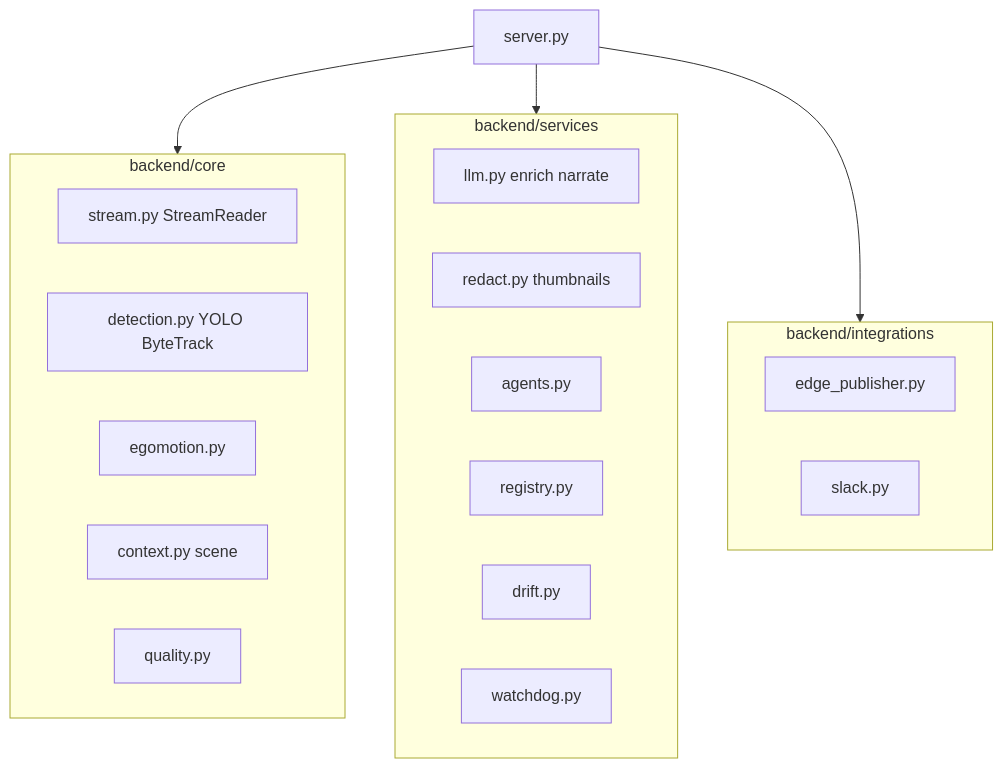
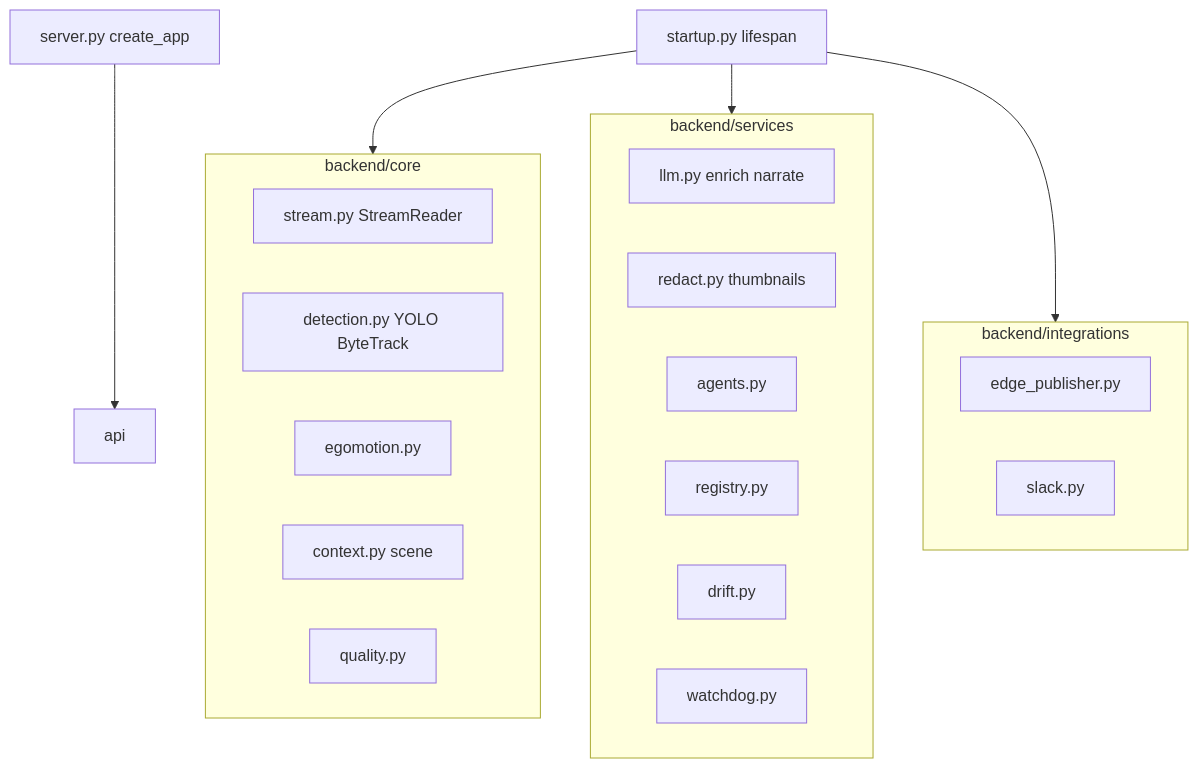
The third of 3 diagrams in docs/backend-infrastructure.md (Androkzn/road-camera-safety-monitoring), drawn with Mermaid before and after one commit. The commit also changed other lines of this file and 28 other files, not shown here.

````diff
--- a/docs/backend-infrastructure.md
+++ b/docs/backend-infrastructure.md
@@ -86,25 +86,26 @@
 ```mermaid
 flowchart TB
   subgraph core["backend/core"]
     stream[stream.py StreamReader]
     det[detection.py YOLO ByteTrack]
     ego[egomotion.py]
     ctx[context.py scene]
     qual[quality.py]
   end
   subgraph services["backend/services"]
     llm[llm.py enrich narrate]
     red[redact.py thumbnails]
     agents[agents.py]
     reg[registry.py]
     drift[drift.py]
     wd[watchdog.py]
   end
   subgraph integ["backend/integrations"]
     edge[edge_publisher.py]
     slack[slack.py]
   end
-  server[server.py] --> core
-  server --> services
-  server --> integ
+  server[server.py create_app] --> api
+  startup[startup.py lifespan] --> core
+  startup --> services
+  startup --> integ
 ```
````
